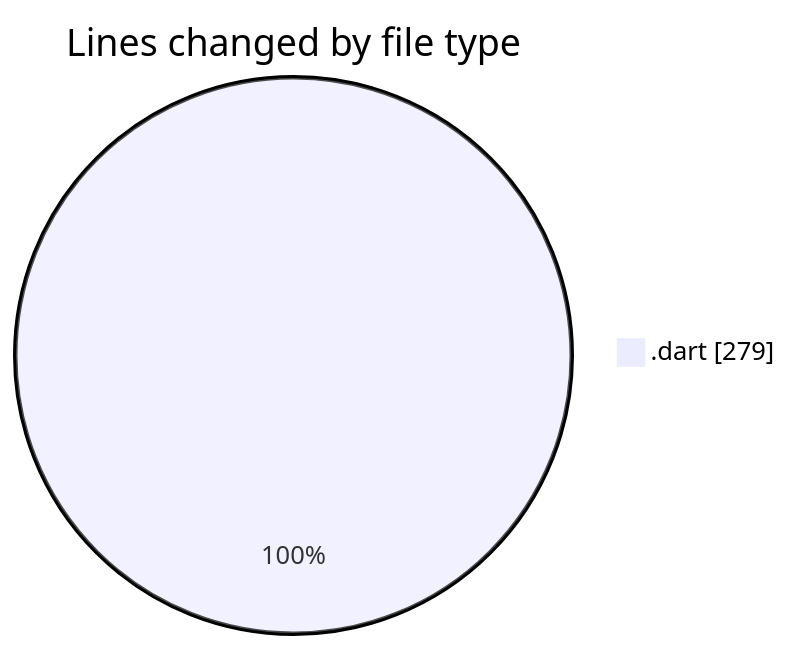
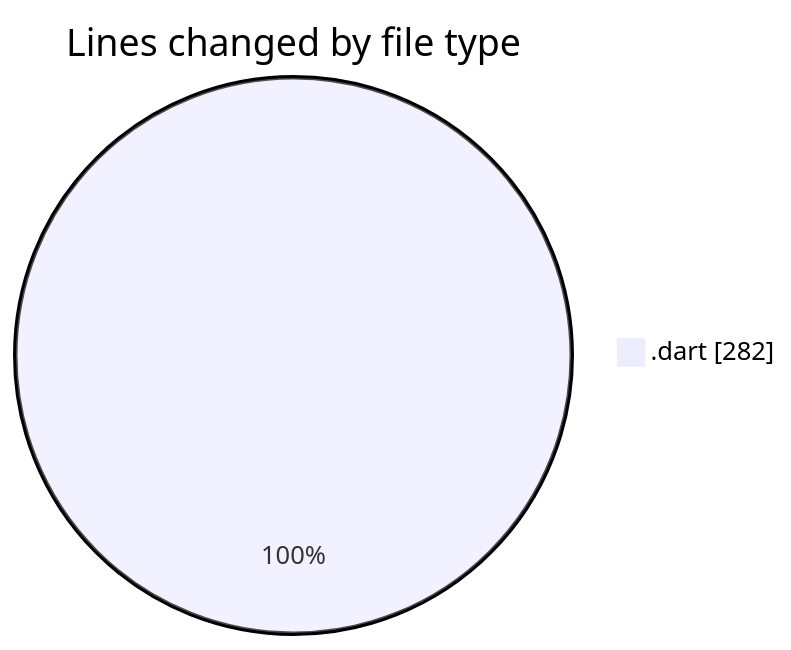
One commit to donsfak/code-tracking changed the first of 2 diagrams in 2025-01-14/trackers_app/README.md. Above: the diagram before and after it, drawn with Mermaid. The commit also changed other lines of this file and 1 other file, not shown here.

````diff
--- a/2025-01-14/trackers_app/README.md
+++ b/2025-01-14/trackers_app/README.md
@@ -24,5 +24,5 @@
 ```mermaid
 pie showData
 title Lines changed by file type
-".dart" : 279
+".dart" : 282
 ```
````
